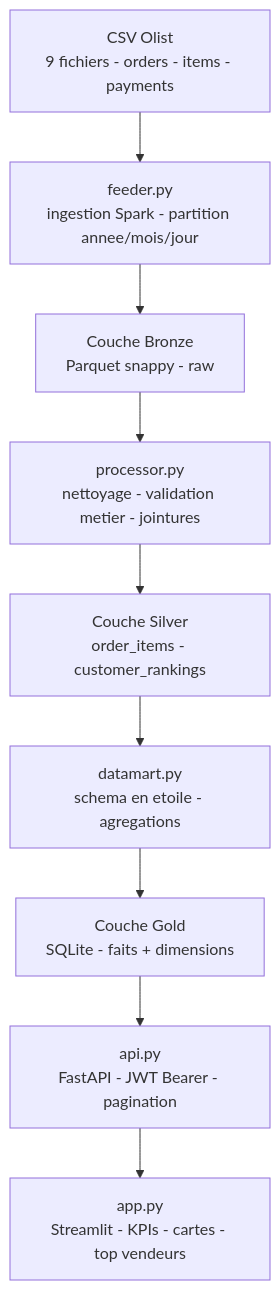
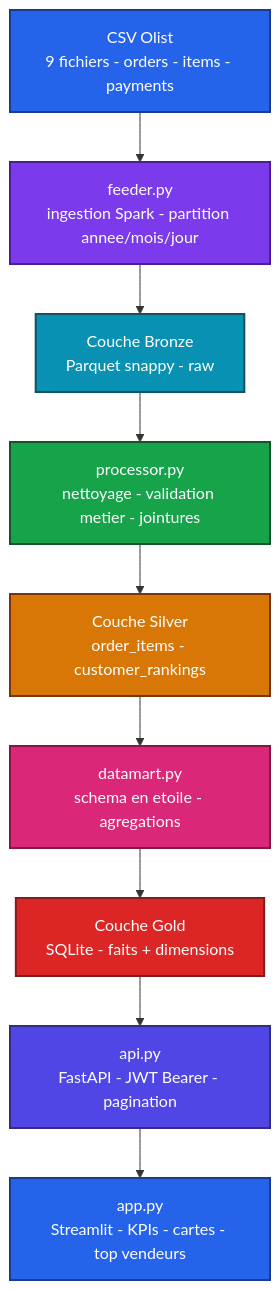
One commit to Adam-Blf/projet-dataeng-m1 changed the diagram in README.md. Above: the diagram before and after it, drawn with Mermaid.

Commit message:
docs: add colors to mermaid diagrams (#4)
Each node gets a palette class (by subgraph or by flow depth), subgraphs are tinted, non-flowchart diagrams use a colored base theme. Validated by rendering every diagram before and after.

````diff
--- a/README.md
+++ b/README.md
@@ -30,14 +30,31 @@
 ```mermaid
 flowchart TB
     SRC["CSV Olist<br/>9 fichiers - orders - items - payments"]
     FEED["feeder.py<br/>ingestion Spark - partition annee/mois/jour"]
     BRONZE["Couche Bronze<br/>Parquet snappy - raw"]
     PROC["processor.py<br/>nettoyage - validation metier - jointures"]
     SILVER["Couche Silver<br/>order_items - customer_rankings"]
     MART["datamart.py<br/>schema en etoile - agregations"]
     GOLD["Couche Gold<br/>SQLite - faits + dimensions"]
     API["api.py<br/>FastAPI - JWT Bearer - pagination"]
     DASH["app.py<br/>Streamlit - KPIs - cartes - top vendeurs"]
 
     SRC --> FEED --> BRONZE --> PROC --> SILVER --> MART --> GOLD --> API --> DASH
+
+    classDef c0 fill:#2563eb,stroke:#1e3a8a,stroke-width:2px,color:#ffffff
+    classDef c1 fill:#7c3aed,stroke:#4c1d95,stroke-width:2px,color:#ffffff
+    classDef c2 fill:#0891b2,stroke:#164e63,stroke-width:2px,color:#ffffff
+    classDef c3 fill:#16a34a,stroke:#14532d,stroke-width:2px,color:#ffffff
+    classDef c4 fill:#d97706,stroke:#78350f,stroke-width:2px,color:#ffffff
+    classDef c5 fill:#db2777,stroke:#831843,stroke-width:2px,color:#ffffff
+    classDef c6 fill:#dc2626,stroke:#7f1d1d,stroke-width:2px,color:#ffffff
+    classDef c7 fill:#4f46e5,stroke:#312e81,stroke-width:2px,color:#ffffff
+    class SRC,DASH c0
+    class FEED c1
+    class BRONZE c2
+    class PROC c3
+    class SILVER c4
+    class MART c5
+    class GOLD c6
+    class API c7
 ```
````
